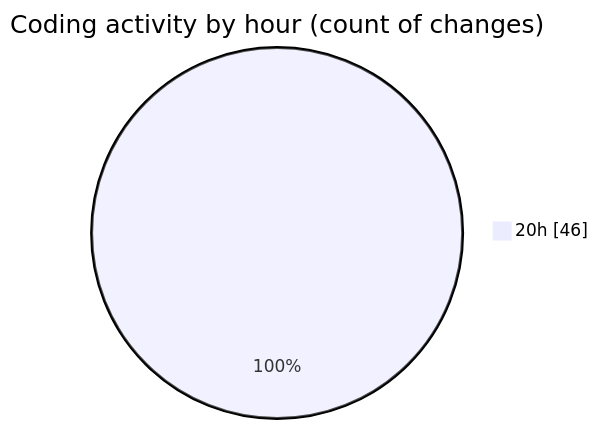
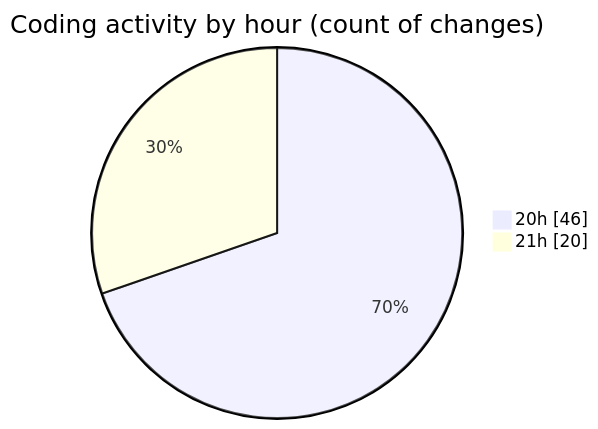
One commit to Netris89/code-tracking changed the second of 2 diagrams in 2025-10-29/skintrack/README.md. Above: the diagram before and after it, drawn with Mermaid. The commit also changed other lines of this file and 1 other file, not shown here.

````diff
--- a/2025-10-29/skintrack/README.md
+++ b/2025-10-29/skintrack/README.md
@@ -36,5 +45,6 @@
 ```mermaid
 pie showData
 title Coding activity by hour (count of changes)
 "20h" : 46
+"21h" : 20
 ```
````
